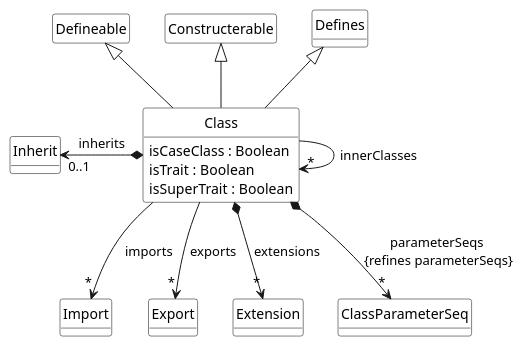
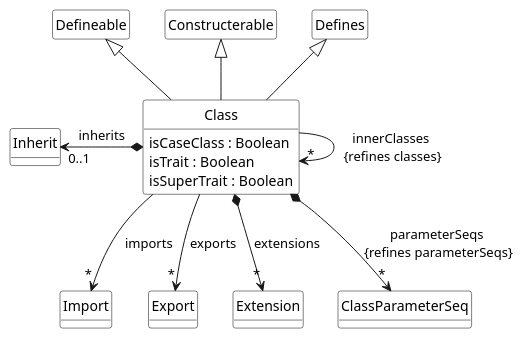
One commit to tizuck/scala-uml changed the diagram in scala-uml-meta/class.meta.puml. Above: the diagram before and after it, drawn with PlantUML. The commit also changed 6 other files, not shown here.

```diff
--- a/scala-uml-meta/class.meta.puml
+++ b/scala-uml-meta/class.meta.puml
@@ -1,28 +1,26 @@
 @startuml
 class Class extends Defineable, Constructerable, Defines {
     isCaseClass : Boolean 
     isTrait : Boolean 
     isSuperTrait : Boolean 
 }
 
-Class --> "*" Class : innerClasses
+Class --> "*" Class : innerClasses\n {refines classes}
 Class --> "*" Import : imports
 Class --> "*" Export : exports 
-Class *--left> "0..1  " Inherit : "inherits"
+Class *--left> "0..1  " Inherit : inherits
 Class *--> "*" Extension : "extensions"
 Class *--> "*" ClassParameterSeq : parameterSeqs \n{refines parameterSeqs}
 
 hide class circle
 hide class methods
 hide Defineable members
 hide Constructerable members 
+hide Defines members 
 
 skinparam class {
     BackgroundColor White
     ArrowColor Black
     BorderColor Black
 }
-
-
-
 @enduml
```
